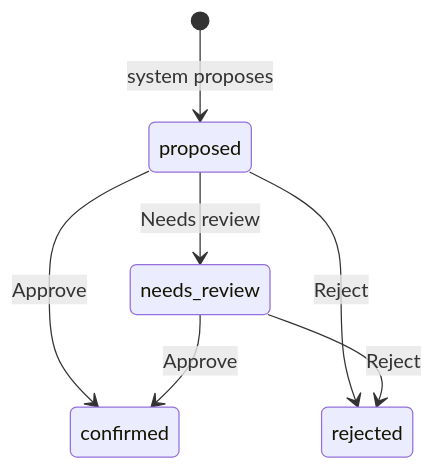
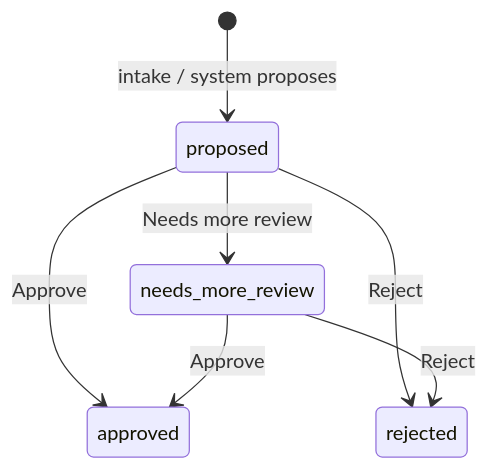
Before and after one commit to SingSongScreamAlong/ORCA: the second of 2 diagrams in docs/analyst_workflow.md, drawn with Mermaid. The commit also changed other lines of this file and 83 other files, not shown here.

````diff
--- a/docs/analyst_workflow.md
+++ b/docs/analyst_workflow.md
@@ -93,9 +93,9 @@
 ```mermaid
 stateDiagram-v2
-    [*] --> proposed: system proposes
-    proposed --> confirmed: Approve
+    [*] --> proposed: intake / system proposes
+    proposed --> approved: Approve
     proposed --> rejected: Reject
-    proposed --> needs_review: Needs review
-    needs_review --> confirmed: Approve
-    needs_review --> rejected: Reject
+    proposed --> needs_more_review: Needs more review
+    needs_more_review --> approved: Approve
+    needs_more_review --> rejected: Reject
 ```
````
